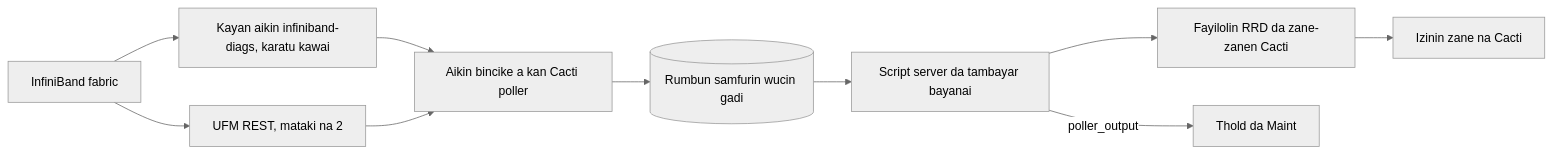
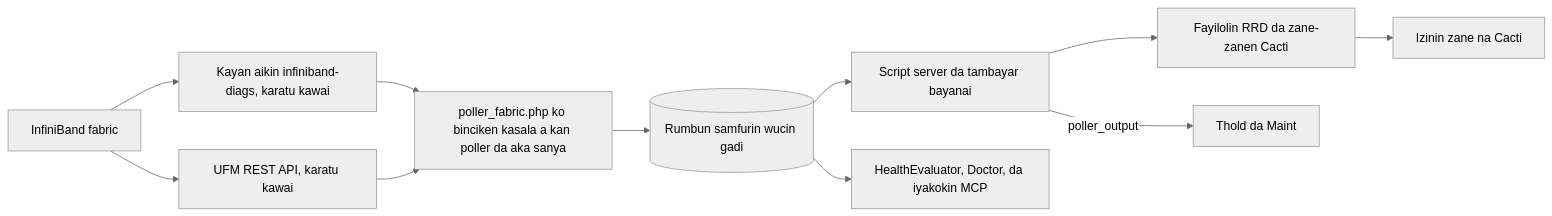
The diagram in docs/i18n/ha-NG/README.md (somethingwithproof/plugin_fabric), drawn with Mermaid (neutral theme) before and after one commit. The commit also changed other lines of this file and 48 other files, not shown here.

````diff
--- a/docs/i18n/ha-NG/README.md
+++ b/docs/i18n/ha-NG/README.md
@@ -101,12 +132,13 @@
 ```mermaid
 flowchart LR
-    F[InfiniBand fabric] --> T["Kayan aikin infiniband-diags, karatu kawai"]
-    F --> U["UFM REST, mataki na 2"]
-    T --> S[Aikin bincike a kan Cacti poller]
+    F[InfiniBand fabric] --> T[Kayan aikin infiniband-diags, karatu kawai]
+    F --> U[UFM REST API, karatu kawai]
+    T --> S[poller_fabric.php ko binciken kasala a kan poller da aka sanya]
     U --> S
     S --> C[(Rumbun samfurin wucin gadi)]
     C --> SS[Script server da tambayar bayanai]
     SS --> R[Fayilolin RRD da zane-zanen Cacti]
     SS -->|poller_output| TH[Thold da Maint]
+    C --> H[HealthEvaluator, Doctor, da iyakokin MCP]
     R --> P[Izinin zane na Cacti]
 ```
````
